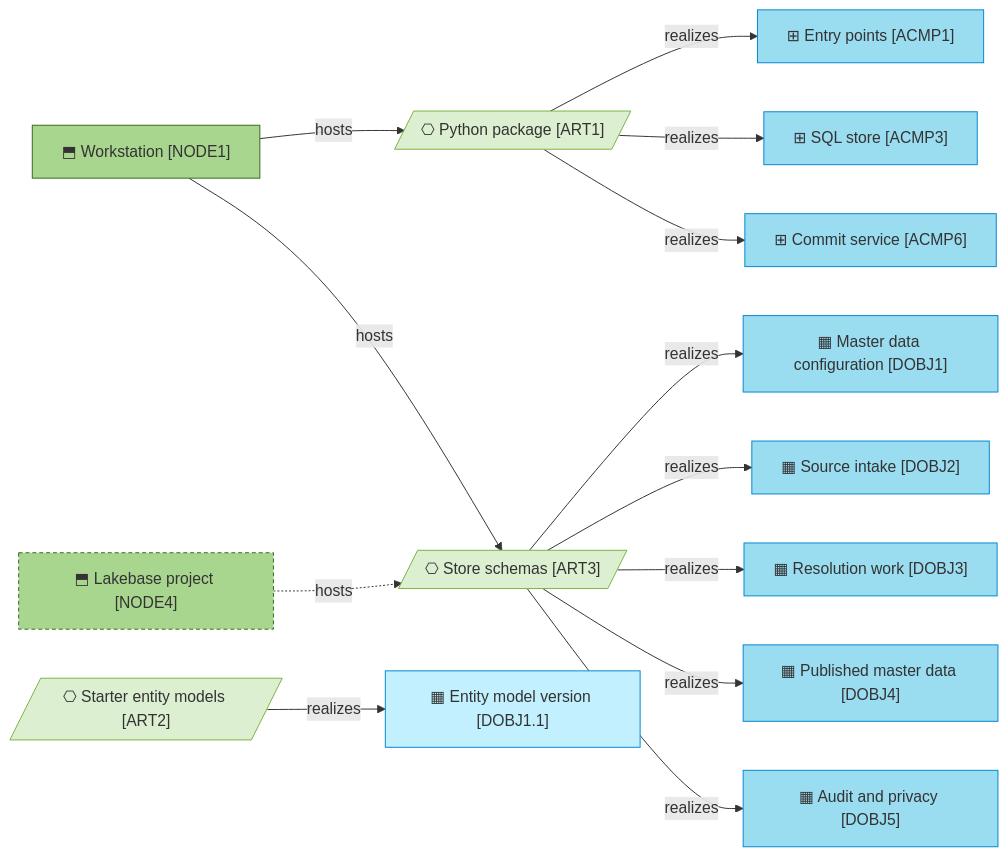
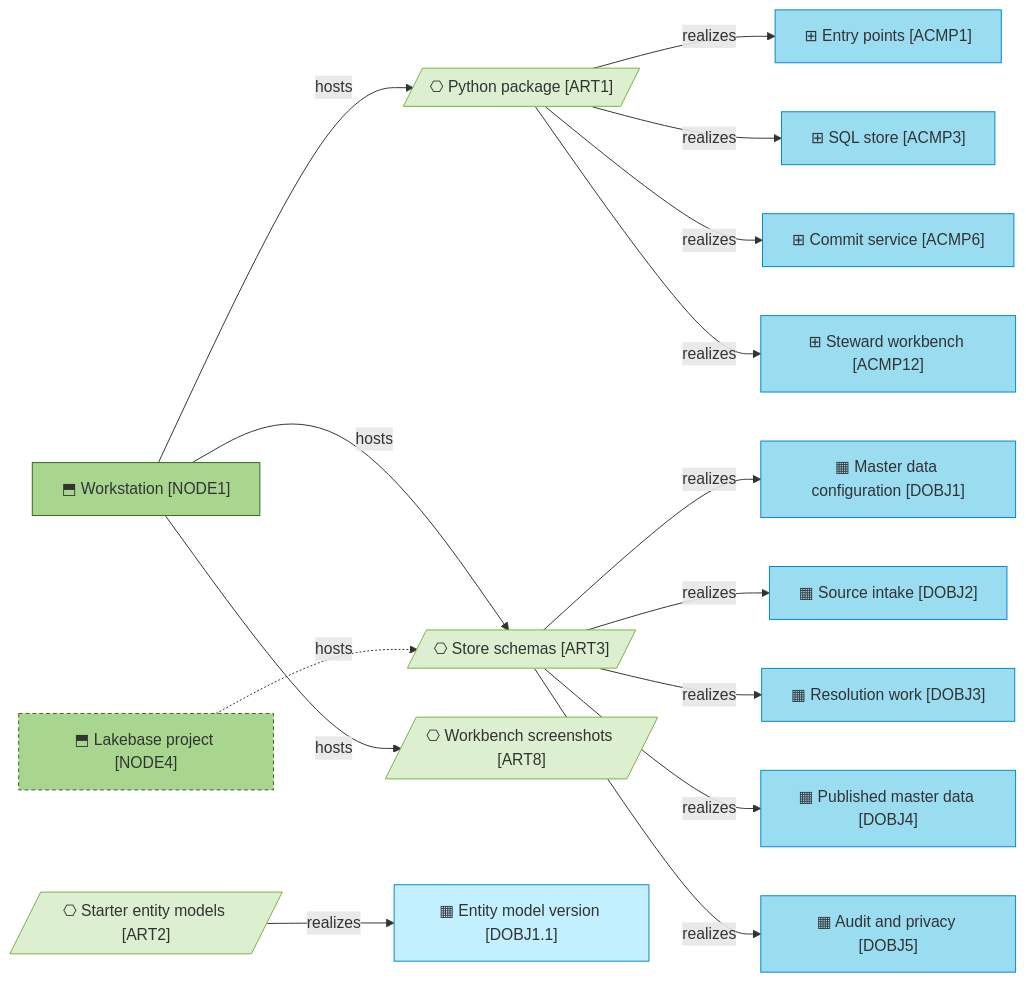
One commit to roanboc/dbx-master-data-manager changed the diagram in architecture/5_technology/2_deployment.md. Above: the diagram before and after it, drawn with Mermaid. The commit also changed other lines of this file and 43 other files, not shown here.

First line of the commit message:
docs: plan the steward workbench and model its first story (initiative 3)

````diff
--- a/architecture/5_technology/2_deployment.md
+++ b/architecture/5_technology/2_deployment.md
@@ -30,41 +30,45 @@
 ```mermaid
 flowchart LR
   node1["⬒ Workstation [NODE1]"]:::node
   node4["⬒ Lakebase project [NODE4]"]:::pendingnode
 
   art1[/"⎔ Python package [ART1]"/]:::artifact
   art2[/"⎔ Starter entity models [ART2]"/]:::artifact
   art3[/"⎔ Store schemas [ART3]"/]:::artifact
+  art8[/"⎔ Workbench screenshots [ART8]"/]:::artifact
 
   acmp1["⊞ Entry points [ACMP1]"]:::component
   acmp3["⊞ SQL store [ACMP3]"]:::component
   acmp6["⊞ Commit service [ACMP6]"]:::component
+  acmp12["⊞ Steward workbench [ACMP12]"]:::component
 
   dobj11["▦ Entity model version [DOBJ1.1]"]:::dataobject
   dobj1["▦ Master data configuration [DOBJ1]"]:::domain
   dobj2["▦ Source intake [DOBJ2]"]:::domain
   dobj3["▦ Resolution work [DOBJ3]"]:::domain
   dobj4["▦ Published master data [DOBJ4]"]:::domain
   dobj5["▦ Audit and privacy [DOBJ5]"]:::domain
 
   node1 -->|hosts| art1
   node1 -->|hosts| art3
+  node1 -->|hosts| art8
   node4 -.->|hosts| art3
 
   art1 -->|realizes| acmp1
   art1 -->|realizes| acmp3
   art1 -->|realizes| acmp6
+  art1 -->|realizes| acmp12
   art2 -->|realizes| dobj11
   art3 -->|realizes| dobj1
   art3 -->|realizes| dobj2
   art3 -->|realizes| dobj3
   art3 -->|realizes| dobj4
   art3 -->|realizes| dobj5
 
   classDef node fill:#a9d68f,stroke:#33691e,color:#333
   classDef pendingnode fill:#a9d68f,stroke:#33691e,color:#333,stroke-dasharray: 4 3
   classDef artifact fill:#dcefd0,stroke:#7cb342,color:#333
   classDef component fill:#9adcf0,stroke:#0288d1,color:#333
   classDef dataobject fill:#c2f0ff,stroke:#0288d1,color:#333
   classDef domain fill:#9adcf0,stroke:#0288d1,color:#333
 ```
````
